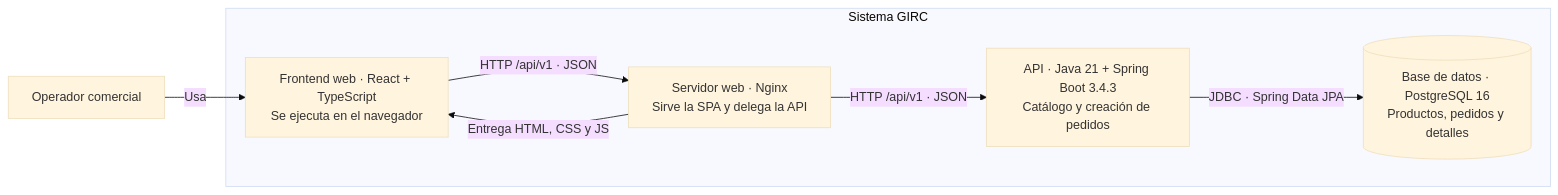
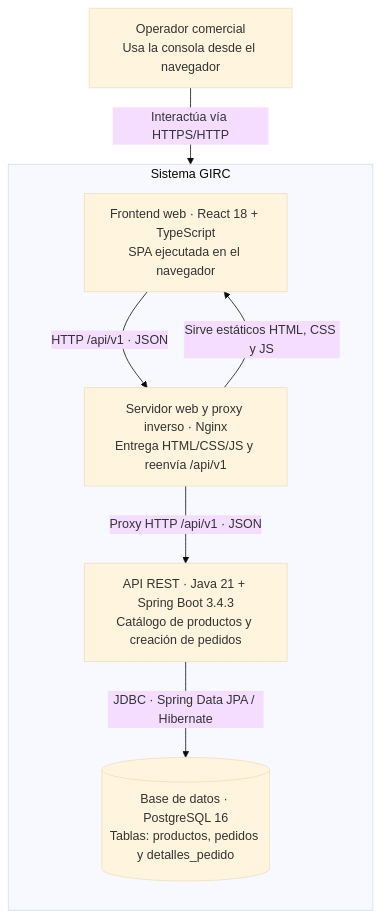
The diagram in docs/hito-2/diagrams/c4-contenedores.mmd (Liz010713/GIRC-FINAL), drawn with Mermaid (base theme) before and after one commit. The commit also changed 75 other files, not shown here.

```diff
--- a/docs/hito-2/diagrams/c4-contenedores.mmd
+++ b/docs/hito-2/diagrams/c4-contenedores.mmd
@@ -1,13 +1,14 @@
-flowchart LR
-  op["Operador comercial"]
+flowchart TB
+  op["Operador comercial<br/>Usa la consola desde el navegador"]
   subgraph GIRC["Sistema GIRC"]
-    spa["Frontend web · React + TypeScript<br/>Se ejecuta en el navegador"]
-    nginx["Servidor web · Nginx<br/>Sirve la SPA y delega la API"]
-    api["API · Java 21 + Spring Boot 3.4.3<br/>Catálogo y creación de pedidos"]
-    db[("Base de datos · PostgreSQL 16<br/>Productos, pedidos y detalles")]
+    direction TB
+    spa["Frontend web · React 18 + TypeScript<br/>SPA ejecutada en el navegador"]
+    nginx["Servidor web y proxy inverso · Nginx<br/>Entrega HTML/CSS/JS y reenvía /api/v1"]
+    api["API REST · Java 21 + Spring Boot 3.4.3<br/>Catálogo de productos y creación de pedidos"]
+    db[("Base de datos · PostgreSQL 16<br/>Tablas: productos, pedidos y detalles_pedido")]
   end
-  op -->|Usa| spa
-  nginx -->|Entrega HTML, CSS y JS| spa
+  op -->|Interactúa vía HTTPS/HTTP| spa
+  nginx -->|Sirve estáticos HTML, CSS y JS| spa
   spa -->|HTTP /api/v1 · JSON| nginx
-  nginx -->|HTTP /api/v1 · JSON| api
-  api -->|JDBC · Spring Data JPA| db
+  nginx -->|Proxy HTTP /api/v1 · JSON| api
+  api -->|JDBC · Spring Data JPA / Hibernate| db
```
